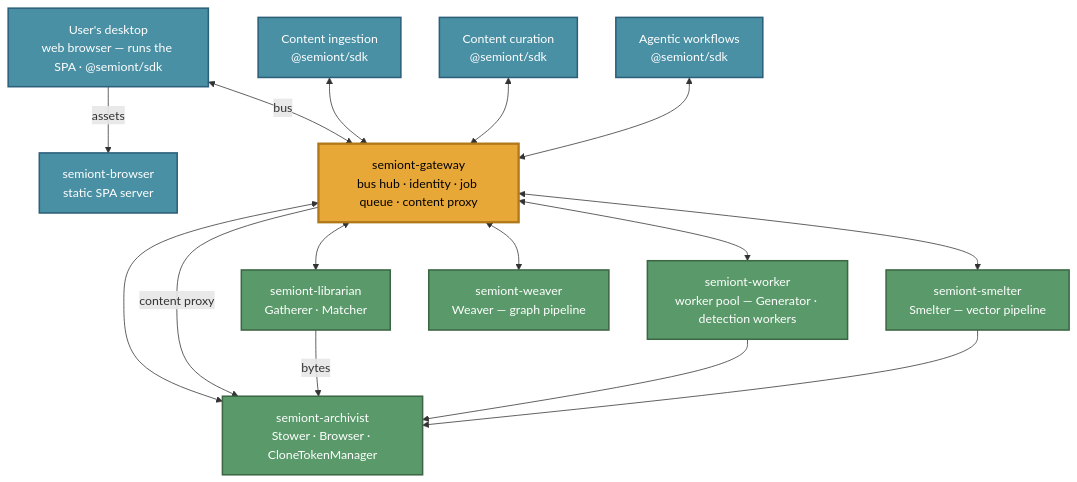
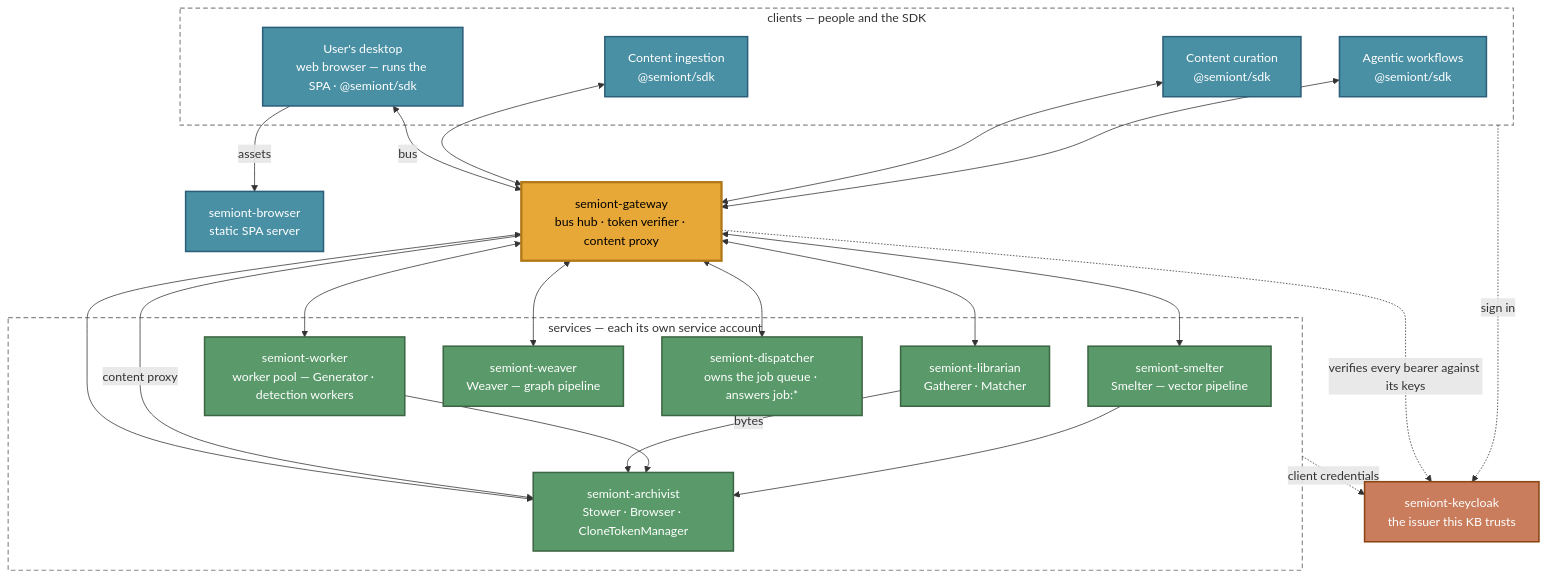
The first of 2 diagrams in docs/system/CONTAINER-TOPOLOGY.md (The-AI-Alliance/semiont), drawn with Mermaid before and after one commit. The commit also changed other lines of this file and 21 other files, not shown here.

````diff
--- a/docs/system/CONTAINER-TOPOLOGY.md
+++ b/docs/system/CONTAINER-TOPOLOGY.md
@@ -19,41 +19,56 @@
 ```mermaid
 graph TB
-    USER["User's desktop<br/>web browser — runs the SPA · @semiont/sdk"]
-    INGEST["Content ingestion<br/>@semiont/sdk"]
-    CURATE["Content curation<br/>@semiont/sdk"]
-    AGENT["Agentic workflows<br/>@semiont/sdk"]
+    subgraph CLIENTS ["clients — people and the SDK"]
+        USER["User's desktop<br/>web browser — runs the SPA · @semiont/sdk"]
+        INGEST["Content ingestion<br/>@semiont/sdk"]
+        CURATE["Content curation<br/>@semiont/sdk"]
+        AGENT["Agentic workflows<br/>@semiont/sdk"]
+    end
 
     BROWSERC["semiont-browser<br/>static SPA server"]
-    GW["semiont-gateway<br/>bus hub · identity · job queue · content proxy"]
+    GW["semiont-gateway<br/>bus hub · token verifier · content proxy"]
+    KC["semiont-keycloak<br/>the issuer this KB trusts"]
 
-    LIB["semiont-librarian<br/>Gatherer · Matcher"]
-    WORKER["semiont-worker<br/>worker pool — Generator · detection workers"]
-    SMELT["semiont-smelter<br/>Smelter — vector pipeline"]
-    WEAVE["semiont-weaver<br/>Weaver — graph pipeline"]
-    ARCH["semiont-archivist<br/>Stower · Browser · CloneTokenManager"]
+    subgraph SERVICES ["services — each its own service account"]
+        LIB["semiont-librarian<br/>Gatherer · Matcher"]
+        WORKER["semiont-worker<br/>worker pool — Generator · detection workers"]
+        SMELT["semiont-smelter<br/>Smelter — vector pipeline"]
+        WEAVE["semiont-weaver<br/>Weaver — graph pipeline"]
+        ARCH["semiont-archivist<br/>Stower · Browser · CloneTokenManager"]
+        DISP["semiont-dispatcher<br/>owns the job queue · answers job:*"]
+    end
 
     USER -->|assets| BROWSERC
     USER <-->|bus| GW
     INGEST <--> GW
     CURATE <--> GW
     AGENT <--> GW
 
     GW <--> LIB
     GW <--> WORKER
     GW <--> SMELT
     GW <--> WEAVE
     GW <--> ARCH
+    GW <--> DISP
 
     GW -->|content proxy| ARCH
     LIB -->|bytes| ARCH
     WORKER --> ARCH
     SMELT --> ARCH
 
+    CLIENTS -.->|sign in| KC
+    SERVICES -.->|client credentials| KC
+    GW -.->|verifies every bearer against its keys| KC
+
     classDef client fill:#4a90a4,stroke:#2c5f7a,stroke-width:2px,color:#fff
     classDef svc fill:#5a9a6a,stroke:#3d6644,stroke-width:2px,color:#fff
     classDef hub fill:#e8a838,stroke:#b07818,stroke-width:3px,color:#000
+    classDef infra fill:#c97d5d,stroke:#8b4513,stroke-width:2px,color:#fff
 
     class USER,INGEST,CURATE,AGENT,BROWSERC client
-    class LIB,WORKER,SMELT,WEAVE,ARCH svc
+    class LIB,WORKER,SMELT,WEAVE,ARCH,DISP svc
     class GW hub
+    class KC infra
+    style CLIENTS fill:none,stroke:#888,stroke-width:1.5px,stroke-dasharray:6 4
+    style SERVICES fill:none,stroke:#888,stroke-width:1.5px,stroke-dasharray:6 4
 ```
````
